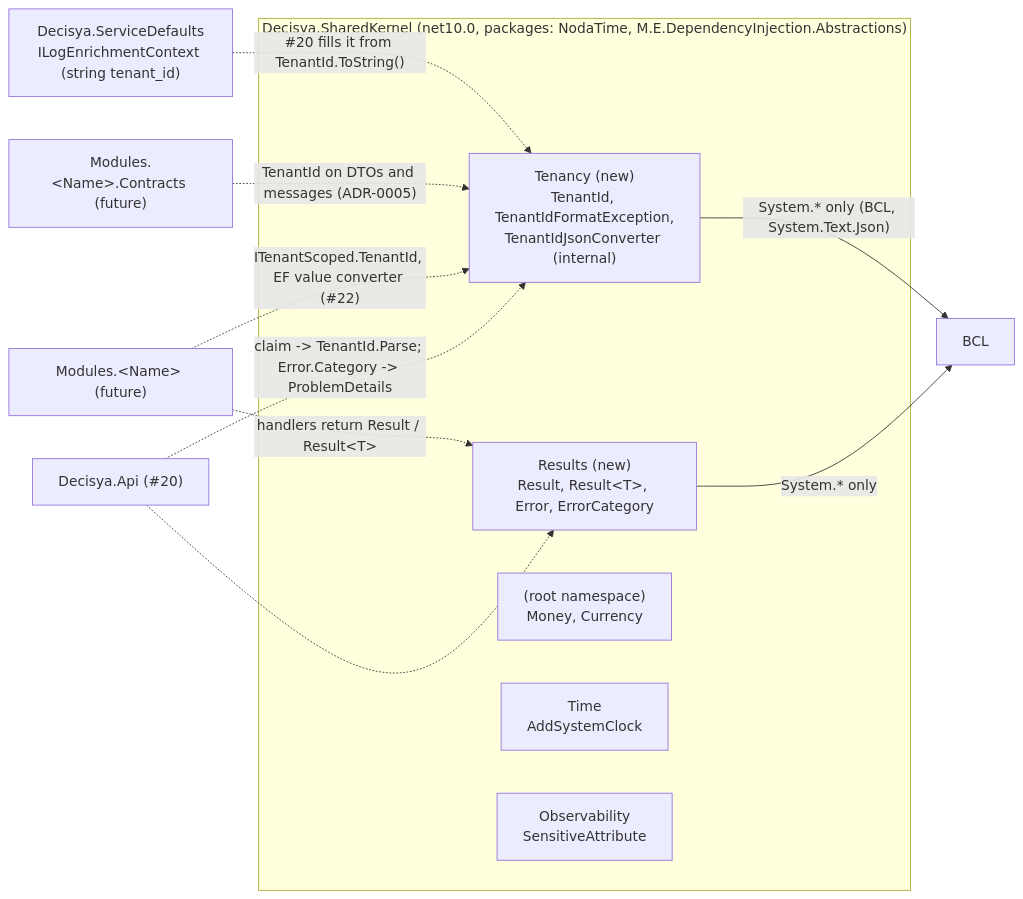
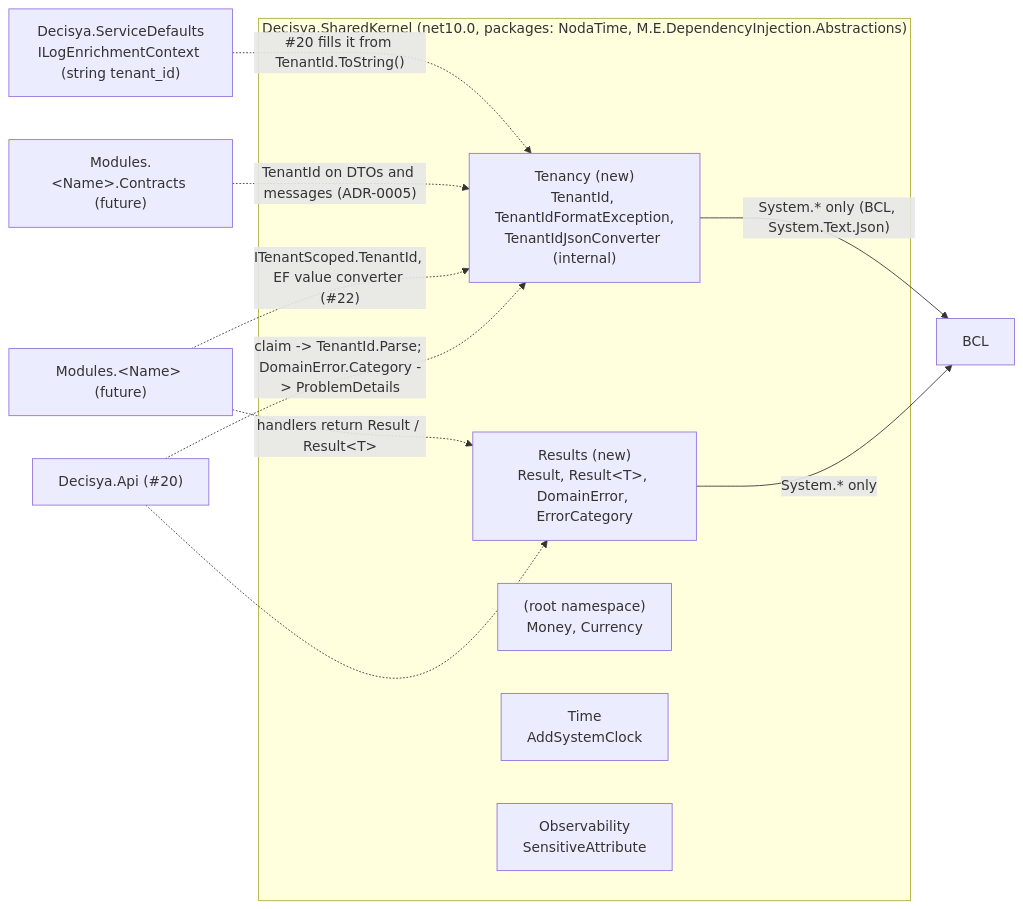
The diagram in docs/architecture/tenantid-result-types.md (mpcs2013/decisya), drawn with Mermaid before and after one commit. The commit also changed other lines of this file and 22 other files, not shown here.

First line of the commit message:
feat(sharedkernel): add TenantId and Result/DomainError types

````diff
--- a/docs/architecture/tenantid-result-types.md
+++ b/docs/architecture/tenantid-result-types.md
@@ -29,18 +32,18 @@
 ```mermaid
 flowchart LR
   subgraph sk["Decisya.SharedKernel (net10.0, packages: NodaTime, M.E.DependencyInjection.Abstractions)"]
     ten["Tenancy (new)<br/>TenantId, TenantIdFormatException,<br/>TenantIdJsonConverter (internal)"]
-    res["Results (new)<br/>Result, Result&lt;T&gt;, Error, ErrorCategory"]
+    res["Results (new)<br/>Result, Result&lt;T&gt;, DomainError, ErrorCategory"]
     money["(root namespace)<br/>Money, Currency"]
     time["Time<br/>AddSystemClock"]
     obs["Observability<br/>SensitiveAttribute"]
   end
   ten -- "System.* only (BCL, System.Text.Json)" --> bcl["BCL"]
   res -- "System.* only" --> bcl
   sd["Decisya.ServiceDefaults<br/>ILogEnrichmentContext (string tenant_id)"] -. "#20 fills it from TenantId.ToString()" .-> ten
   contracts["Modules.&lt;Name&gt;.Contracts (future)"] -. "TenantId on DTOs and messages (ADR-0005)" .-> ten
   mods["Modules.&lt;Name&gt; (future)"] -. "handlers return Result / Result&lt;T&gt;" .-> res
   mods -. "ITenantScoped.TenantId, EF value converter (#22)" .-> ten
-  api["Decisya.Api (#20)"] -. "claim -> TenantId.Parse; Error.Category -> ProblemDetails" .-> ten
+  api["Decisya.Api (#20)"] -. "claim -> TenantId.Parse; DomainError.Category -> ProblemDetails" .-> ten
   api -.-> res
 ```
````
